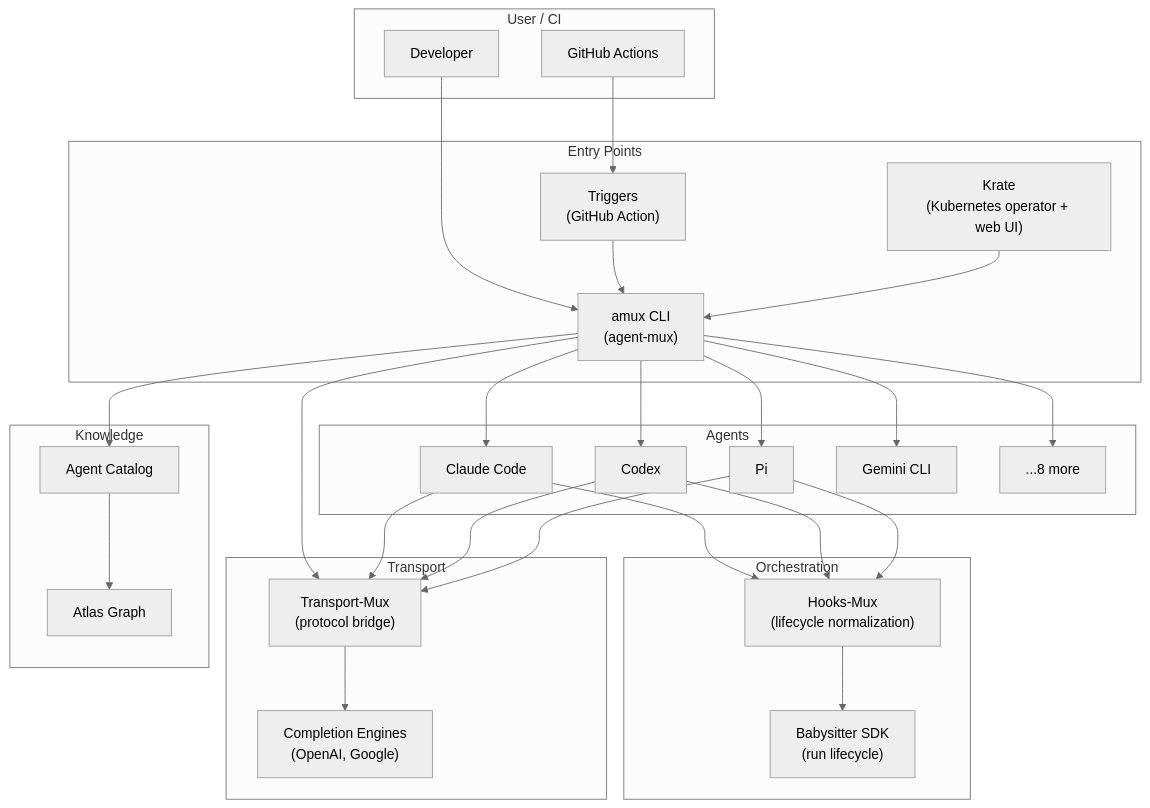
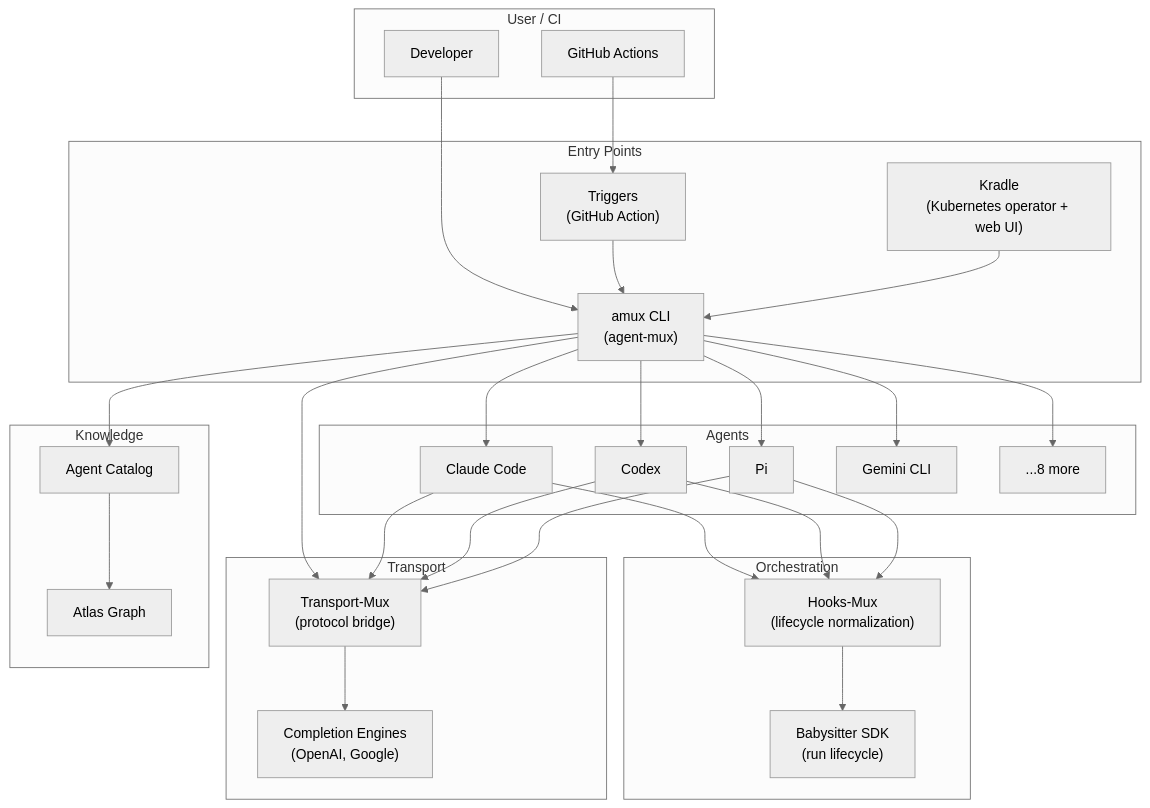
The second of 2 diagrams in docs/development/01-overview-and-philosophy.md (a5c-ai/babysitter), drawn with Mermaid (neutral theme) before and after one commit. The commit also changed other lines of this file and 1256 other files, not shown here.

First line of the commit message:
feat: rename krate → kradle everywhere

````diff
--- a/docs/development/01-overview-and-philosophy.md
+++ b/docs/development/01-overview-and-philosophy.md
@@ -69,52 +69,52 @@
 ```mermaid
 graph TB
     subgraph "User / CI"
         DEV["Developer"]
         CI["GitHub Actions"]
     end
 
     subgraph "Entry Points"
         AMUX["amux CLI<br/>(agent-mux)"]
         TRIGGERS["Triggers<br/>(GitHub Action)"]
-        KRATE["Krate<br/>(Kubernetes operator + web UI)"]
+        KRATE["Kradle<br/>(Kubernetes operator + web UI)"]
     end
 
     subgraph "Orchestration"
         SDK["Babysitter SDK<br/>(run lifecycle)"]
         HOOKS["Hooks-Mux<br/>(lifecycle normalization)"]
     end
 
     subgraph "Transport"
         PROXY["Transport-Mux<br/>(protocol bridge)"]
         ENGINES["Completion Engines<br/>(OpenAI, Google)"]
     end
 
     subgraph "Knowledge"
         ATLAS["Atlas Graph"]
         CATALOG["Agent Catalog"]
     end
 
     subgraph "Agents"
         CC["Claude Code"]
         CX["Codex"]
         PI["Pi"]
         GC["Gemini CLI"]
         MORE["...8 more"]
     end
 
     DEV --> AMUX
     CI --> TRIGGERS
     TRIGGERS --> AMUX
     KRATE --> AMUX
 
     AMUX --> CATALOG
     AMUX --> PROXY
     AMUX --> CC & CX & PI & GC & MORE
 
     CC & CX & PI --> HOOKS
     HOOKS --> SDK
     CC & CX & PI --> PROXY
     PROXY --> ENGINES
 
     CATALOG --> ATLAS
 ```
````
